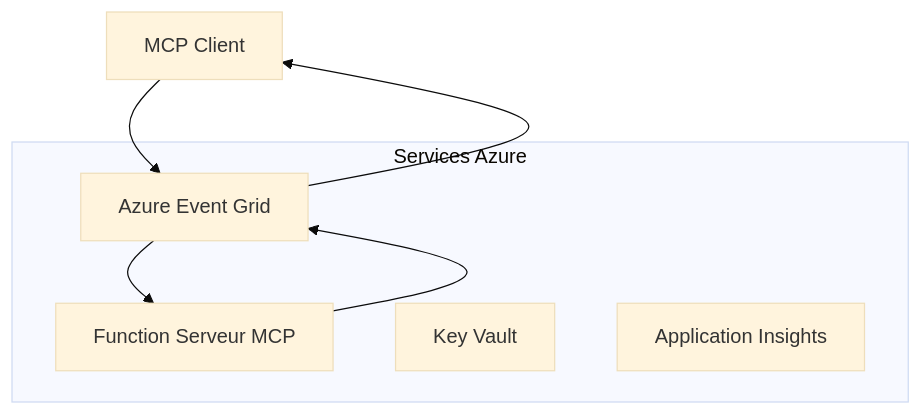
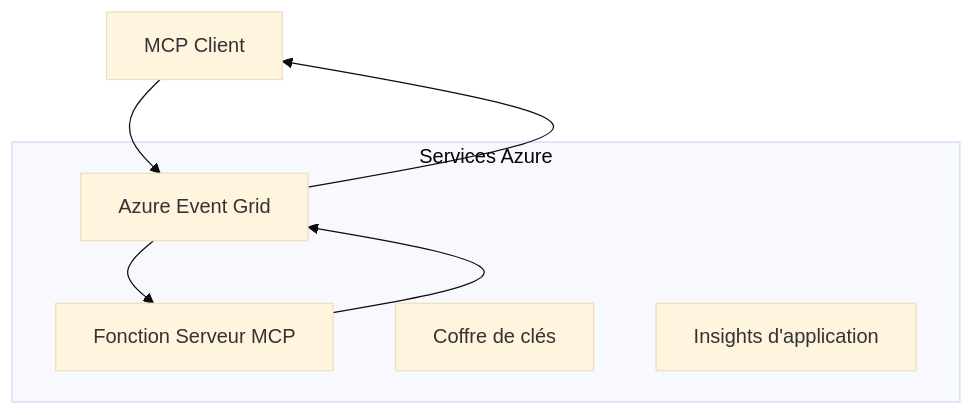
Before and after one commit to HIDORAKAI002/ai-workspace-archive: the first of 2 diagrams in mcp_ecosystem__model_context_protocol/mcp_learning_resources/mcp-for-beginners/translations/fr/05-AdvancedTopics/mcp-transport/README.md, drawn with Mermaid (base theme). The commit also changed other lines of this file and 1539 other files, not shown here.

````diff
--- a/mcp_ecosystem__model_context_protocol/mcp_learning_resources/mcp-for-beginners/translations/fr/05-AdvancedTopics/mcp-transport/README.md
+++ b/mcp_ecosystem__model_context_protocol/mcp_learning_resources/mcp-for-beginners/translations/fr/05-AdvancedTopics/mcp-transport/README.md
@@ -58,14 +58,14 @@
 ```mermaid
 graph TB
     Client[MCP Client] --> EG[Azure Event Grid]
-    EG --> Server[Function Serveur MCP]
+    EG --> Server[Fonction Serveur MCP]
     Server --> EG
     EG --> Client
     
     subgraph "Services Azure"
         EG
         Server
-        KV[Key Vault]
-        Monitor[Application Insights]
+        KV[Coffre de clés]
+        Monitor[Insights d'application]
     end
 ```
````
